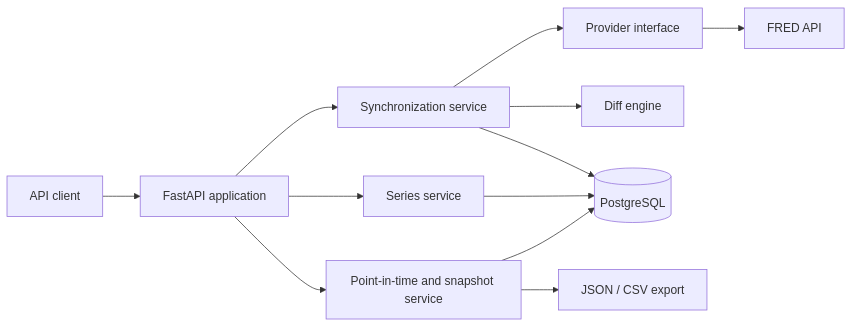
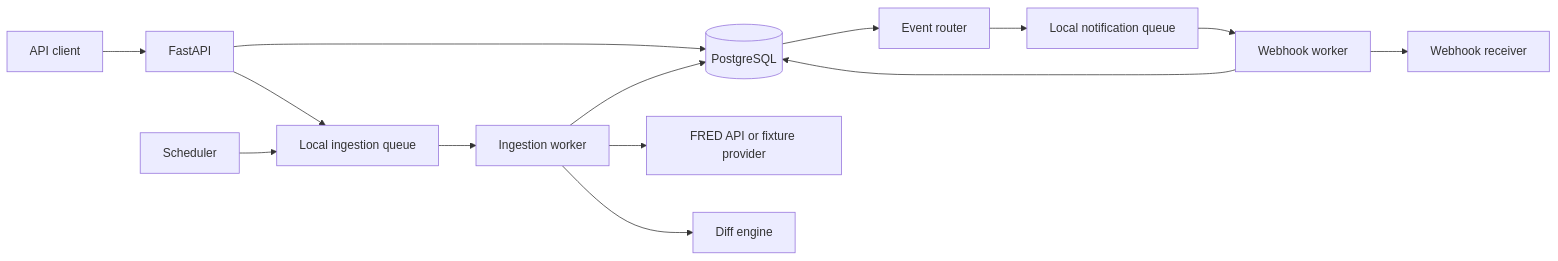
Before and after one commit to atharvanaik06/economic-release-tracker: the first of 3 diagrams in docs/SYSTEM_DESIGN.md, drawn with Mermaid. The commit also changed other lines of this file and 3 other files, not shown here.

````diff
--- a/docs/SYSTEM_DESIGN.md
+++ b/docs/SYSTEM_DESIGN.md
@@ -227,14 +191,18 @@
 ```mermaid
 flowchart LR
-    Client[API client] --> API[FastAPI application]
-    API --> Catalog[Series service]
-    API --> Sync[Synchronization service]
-    API --> Snapshot[Point-in-time and snapshot service]
-    Sync --> Provider[Provider interface]
-    Provider --> FRED[FRED API]
-    Sync --> Diff[Diff engine]
-    Sync --> DB[(PostgreSQL)]
-    Catalog --> DB
-    Snapshot --> DB
-    Snapshot --> Export[JSON / CSV export]
+    Client[API client] --> API[FastAPI]
+    API --> DB[(PostgreSQL)]
+    API --> IQ[Local ingestion queue]
+
+    Scheduler[Scheduler] --> IQ
+    IQ --> IW[Ingestion worker]
+    IW --> FRED[FRED API or fixture provider]
+    IW --> Diff[Diff engine]
+    IW --> DB
+
+    DB --> Router[Event router]
+    Router --> NQ[Local notification queue]
+    NQ --> NW[Webhook worker]
+    NW --> Receiver[Webhook receiver]
+    NW --> DB
 ```
````
